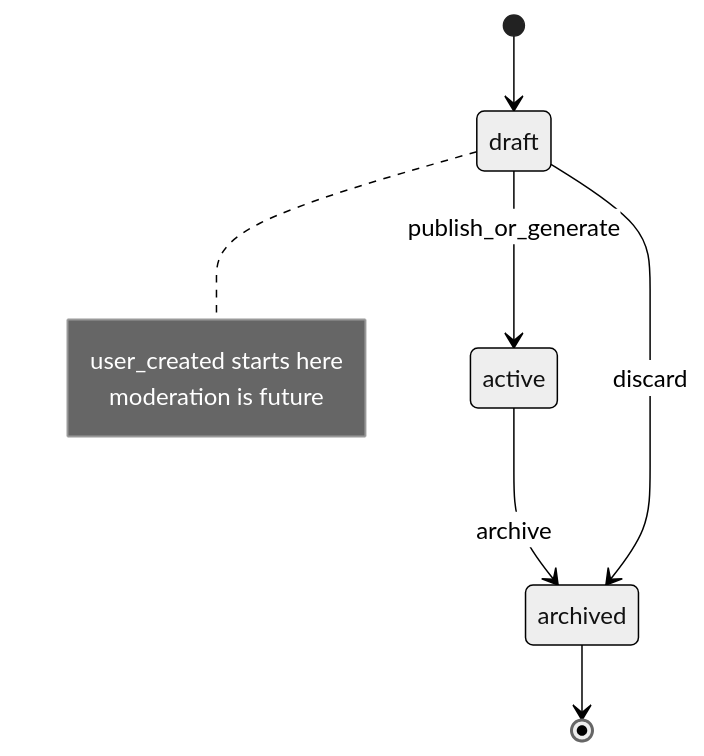
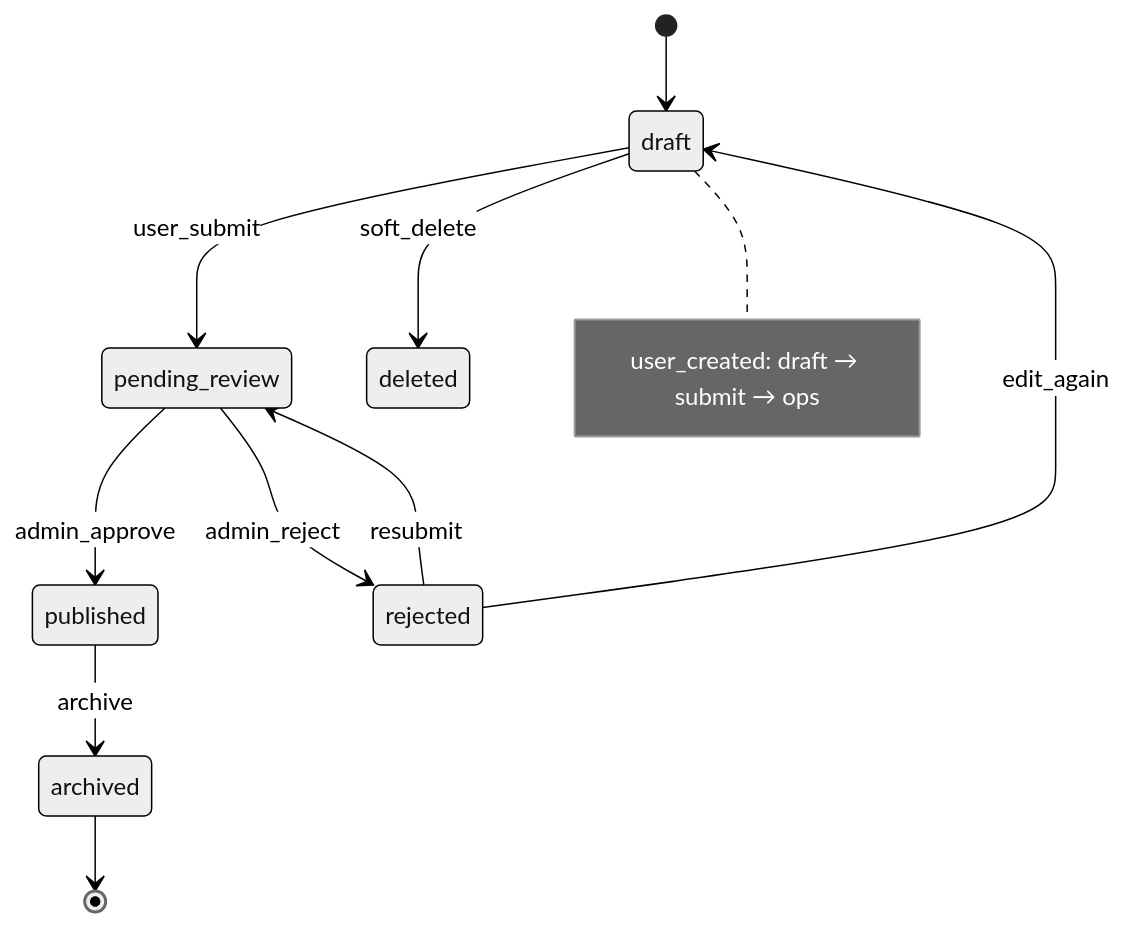
One commit to xotabeach/tourism-platform changed the third of 5 diagrams in docs/application-business-logic.md. Above: the diagram before and after it, drawn with Mermaid (neutral theme). The commit also changed other lines of this file and 13 other files, not shown here.

````diff
--- a/docs/application-business-logic.md
+++ b/docs/application-business-logic.md
@@ -110,13 +110,16 @@
 ```mermaid
 stateDiagram-v2
   [*] --> draft
-  draft --> active: publish_or_generate
-  active --> archived: archive
-  draft --> archived: discard
+  draft --> pending_review: user_submit
+  pending_review --> published: admin_approve
+  pending_review --> rejected: admin_reject
+  rejected --> draft: edit_again
+  rejected --> pending_review: resubmit
+  published --> archived: archive
+  draft --> deleted: soft_delete
   archived --> [*]
 
   note right of draft
-    user_created starts here
-    moderation is future
+    user_created: draft → submit → ops
   end note
 ```
````
